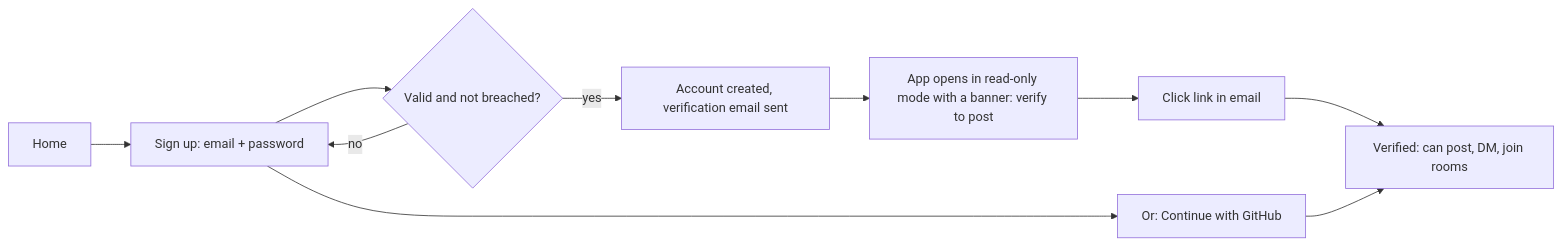
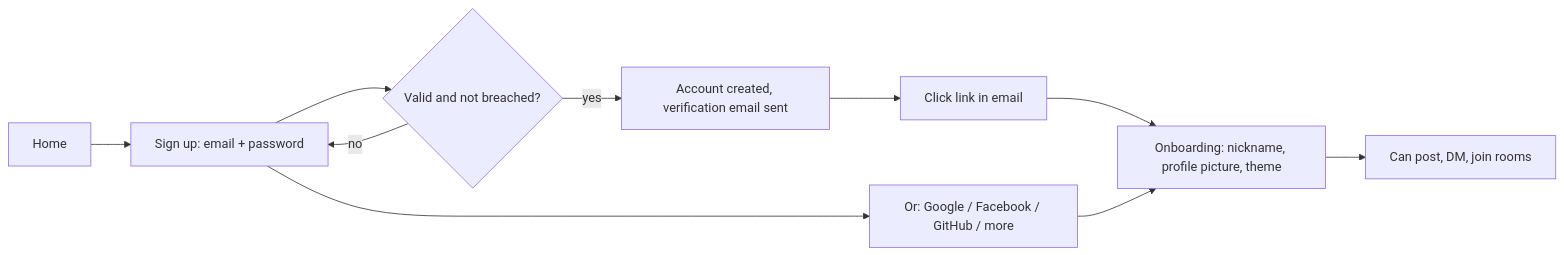
The second of 2 diagrams in docs/design/product.md (jawadm3/SocketSpace), drawn with Mermaid before and after one commit. The commit also changed other lines of this file and 15 other files, not shown here.

````diff
--- a/docs/design/product.md
+++ b/docs/design/product.md
@@ -105,11 +109,11 @@
 ```mermaid
 flowchart LR
   A[Home] --> B[Sign up: email + password]
   B --> C{Valid and not breached?}
   C -- no --> B
   C -- yes --> D[Account created, verification email sent]
-  D --> E[App opens in read-only mode with a banner: verify to post]
-  E --> F[Click link in email]
-  F --> G[Verified: can post, DM, join rooms]
-  B --> H[Or: Continue with GitHub] --> G
+  D --> E[Click link in email]
+  E --> O[Onboarding: nickname, profile picture, theme]
+  O --> G[Can post, DM, join rooms]
+  B --> H[Or: Google / Facebook / GitHub / more] --> O
 ```
````
